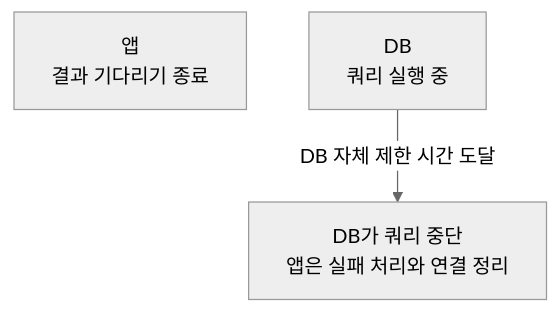
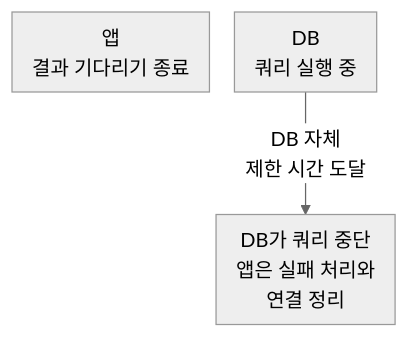
The third of 4 diagrams in content/study/cs/cancellation-propagation.mdx (jhkimm96/jihee-portfolio), drawn with Mermaid (neutral theme) before and after one commit. The commit also changed other lines of this file and 5 other files, not shown here.

````diff
--- a/content/study/cs/cancellation-propagation.mdx
+++ b/content/study/cs/cancellation-propagation.mdx
@@ -84,5 +84,6 @@
 ```mermaid
+%%{init: {"flowchart": {"nodeSpacing": 20, "padding": 8}}}%%
 flowchart TD
     A["앱<br/>결과 기다리기 종료"]
-    D["DB<br/>쿼리 실행 중"] -->|"DB 자체 제한 시간 도달"| E["DB가 쿼리 중단<br/>앱은 실패 처리와 연결 정리"]
+    D["DB<br/>쿼리 실행 중"] -->|"DB 자체<br/>제한 시간 도달"| E["DB가 쿼리 중단<br/>앱은 실패 처리와<br/>연결 정리"]
 ```
````
